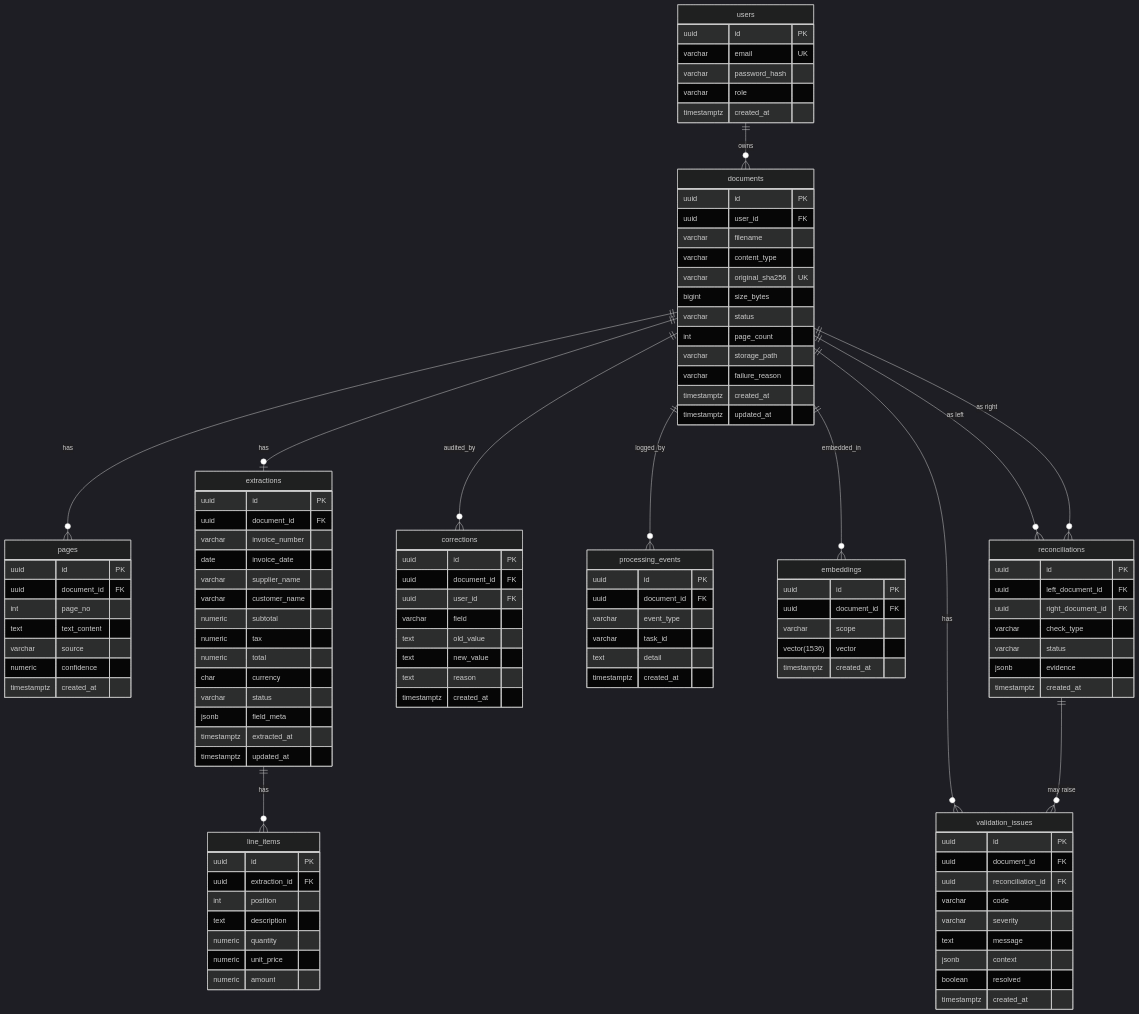
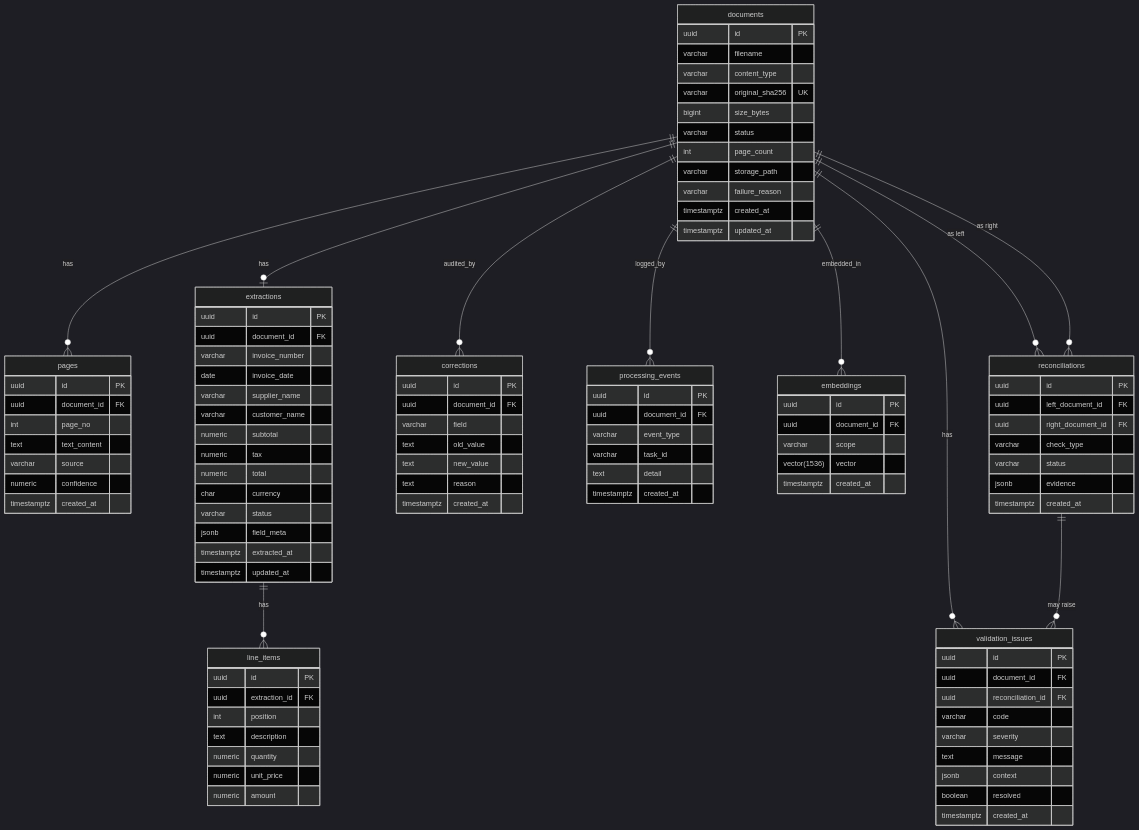
One commit to aieng-abdullah/care_sraie_assignment- changed the diagram in docs/database_schema.md. Above: the diagram before and after it, drawn with Mermaid (dark theme). The commit also changed other lines of this file and 10 other files, not shown here.

````diff
--- a/docs/database_schema.md
+++ b/docs/database_schema.md
@@ -9,6 +9,5 @@
 ```mermaid
 erDiagram
-    users ||--o{ documents : owns
     documents ||--o{ pages : has
     documents ||--o| extractions : has
     extractions ||--o{ line_items : has
@@ -20,17 +19,8 @@
     documents ||--o{ reconciliations : "as right"
     reconciliations ||--o{ validation_issues : "may raise"
 
-    users {
-        uuid id PK
-        varchar email UK
-        varchar password_hash
-        varchar role
-        timestamptz created_at
-    }
-
     documents {
         uuid id PK
-        uuid user_id FK
         varchar filename
         varchar content_type
         varchar original_sha256 UK
@@ -95,7 +85,6 @@
     corrections {
         uuid id PK
         uuid document_id FK
-        uuid user_id FK
         varchar field
         text old_value
         text new_value
````
